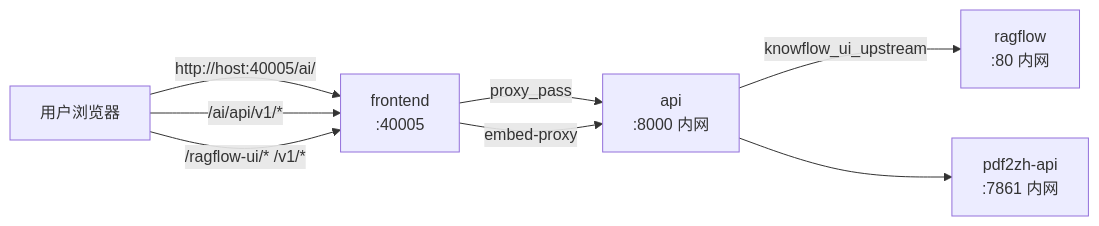
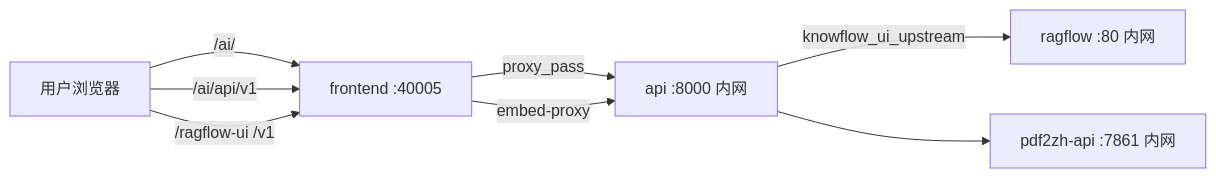
Before and after one commit to zhibinQiu/benxi: the third of 5 diagrams in 运维部署指南.md, drawn with Mermaid. The commit also changed other lines of this file and 338 other files, not shown here.

````diff
--- a/运维部署指南.md
+++ b/运维部署指南.md
@@ -137,16 +141,16 @@
 ```mermaid
 flowchart LR
   U[用户浏览器]
-  FE["frontend<br/>:40005"]
-  API["api<br/>:8000 内网"]
-  RF["ragflow<br/>:80 内网"]
-  P2Z["pdf2zh-api<br/>:7861 内网"]
+  FE["frontend :40005"]
+  API["api :8000 内网"]
+  RF["ragflow :80 内网"]
+  P2Z["pdf2zh-api :7861 内网"]
 
-  U -->|"http://host:40005/ai/"| FE
-  U -->|"/ai/api/v1/*"| FE
+  U -->|"/ai/"| FE
+  U -->|"/ai/api/v1"| FE
   FE -->|proxy_pass| API
-  U -->|"/ragflow-ui/* /v1/*"| FE
+  U -->|"/ragflow-ui /v1"| FE
   FE -->|embed-proxy| API
   API -->|knowflow_ui_upstream| RF
   API --> P2Z
 ```
````
